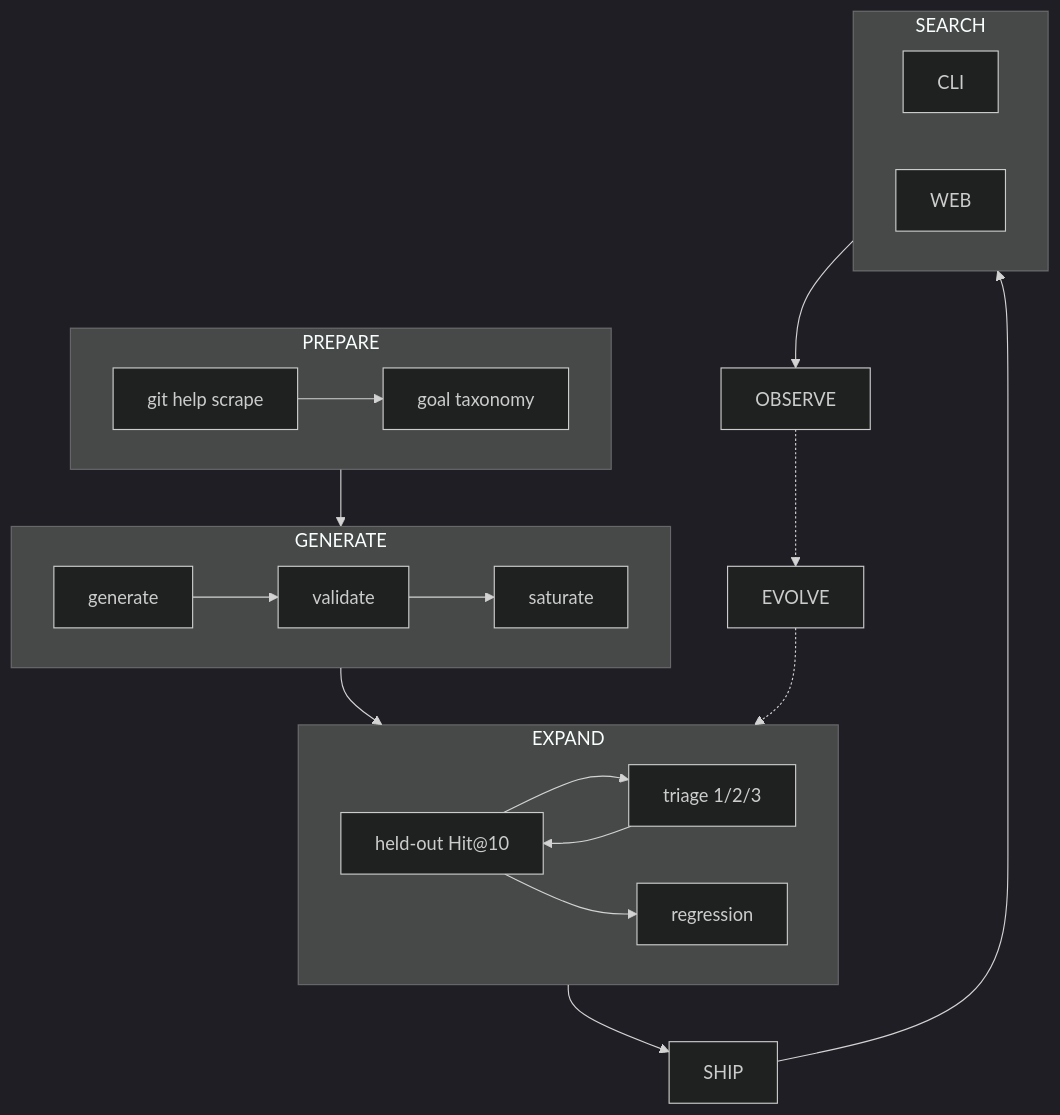
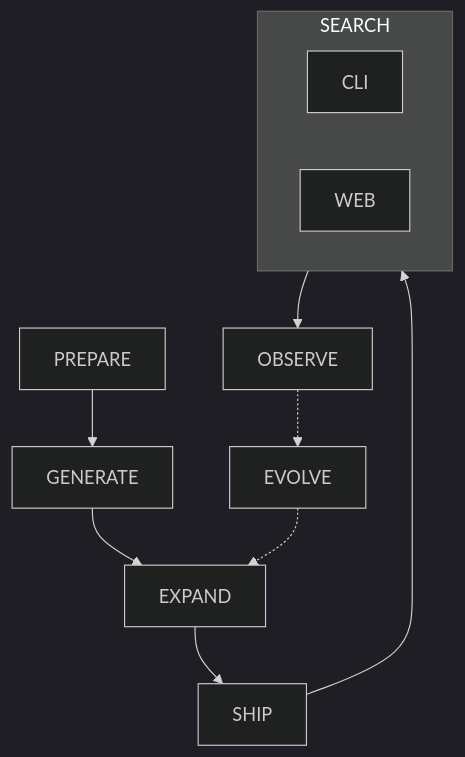
One commit to NuclearManatee/git-grasp changed the first of 2 diagrams in docs/pipeline.md. Above: the diagram before and after it, drawn with Mermaid (dark theme). The commit also changed other lines of this file and 107 other files, not shown here.

First line of the commit message:
Ship OBSERVE EVOLVE feeder and polish CLI/web UX for release.

````diff
--- a/docs/pipeline.md
+++ b/docs/pipeline.md
@@ -9,30 +9,17 @@
 ```mermaid
 flowchart TB
-  subgraph prepare [PREPARE]
-    scrape[git help scrape]
-    tax[goal taxonomy]
-    scrape --> tax
+  P[PREPARE]
+  G[GENERATE]
+  X[EXPAND]
+  S[SHIP]
+  subgraph R [SEARCH]
+    Rcli[CLI]
+    Rweb[WEB]
   end
-  subgraph generate [GENERATE]
-    gen[generate]
-    val[validate]
-    sat[saturate]
-    gen --> val --> sat
-  end
-  subgraph expand [EXPAND]
-    hold[held-out Hit@10]
-    triage[triage 1/2/3]
-    reg[regression]
-    hold --> triage --> hold
-    hold --> reg
-  end
-  prepare --> generate --> expand --> ship[SHIP]
-  subgraph search [SEARCH]
-    cli[CLI]
-    web[WEB]
-  end
-  ship --> search
-  search --> observe[OBSERVE]
-  observe -.-> evolve[EVOLVE]
-  evolve -.-> expand
+  O[OBSERVE]
+  E[EVOLVE]
+  P --> G --> X --> S --> R
+  R --> O
+  O -.-> E
+  E -.-> X
 ```
````
